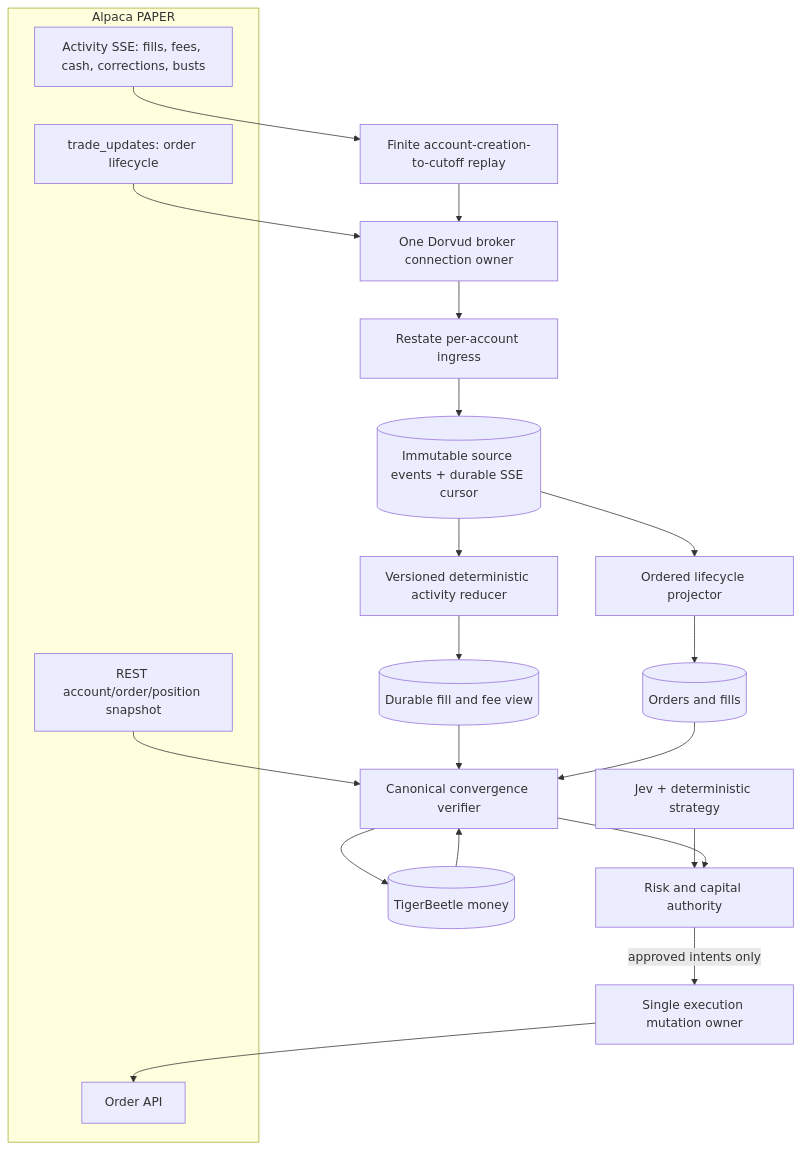
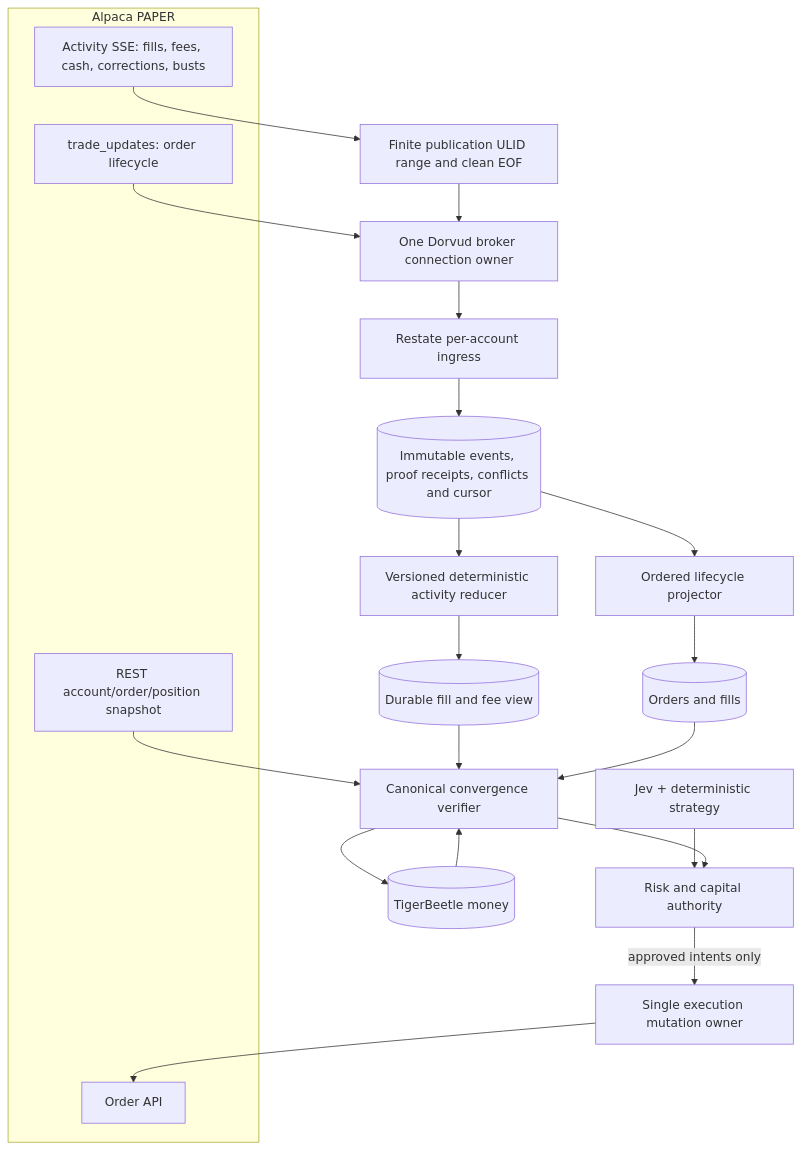
The third of 4 diagrams in docs/bayn/durable-broker-event-architecture.md (proompteng/lab), drawn with Mermaid before and after one commit. The commit also changed other lines of this file and 27 other files, not shown here.

````diff
--- a/docs/bayn/durable-broker-event-architecture.md
+++ b/docs/bayn/durable-broker-event-architecture.md
@@ -165,36 +170,36 @@
 ```mermaid
 flowchart TB
   subgraph Provider[Alpaca PAPER]
     TU[trade_updates: order lifecycle]
     AS[Activity SSE: fills, fees, cash, corrections, busts]
     REST[REST account/order/position snapshot]
     API[Order API]
   end
 
-  Catchup[Finite account-creation-to-cutoff replay]
+  Catchup[Finite publication ULID range and clean EOF]
   Owner[One Dorvud broker connection owner]
   Ingress[Restate per-account ingress]
-  Source[(Immutable source events + durable SSE cursor)]
+  Source[(Immutable events, proof receipts, conflicts and cursor)]
   Lifecycle[Ordered lifecycle projector]
   Reducer[Versioned deterministic activity reducer]
   Projection[(Durable fill and fee view)]
   Order[(Orders and fills)]
   Money[(TigerBeetle money)]
   Verify[Canonical convergence verifier]
   Strategy[Jev + deterministic strategy]
   Risk[Risk and capital authority]
   Mutation[Single execution mutation owner]
 
   TU --> Owner
   AS --> Catchup --> Owner
   Owner --> Ingress --> Source
   Source --> Lifecycle --> Order
   Source --> Reducer --> Projection --> Verify
   REST --> Verify
   Verify --> Money
   Order --> Verify
   Money --> Verify
   Strategy --> Risk
   Verify --> Risk
   Risk -->|approved intents only| Mutation --> API
 ```
````
